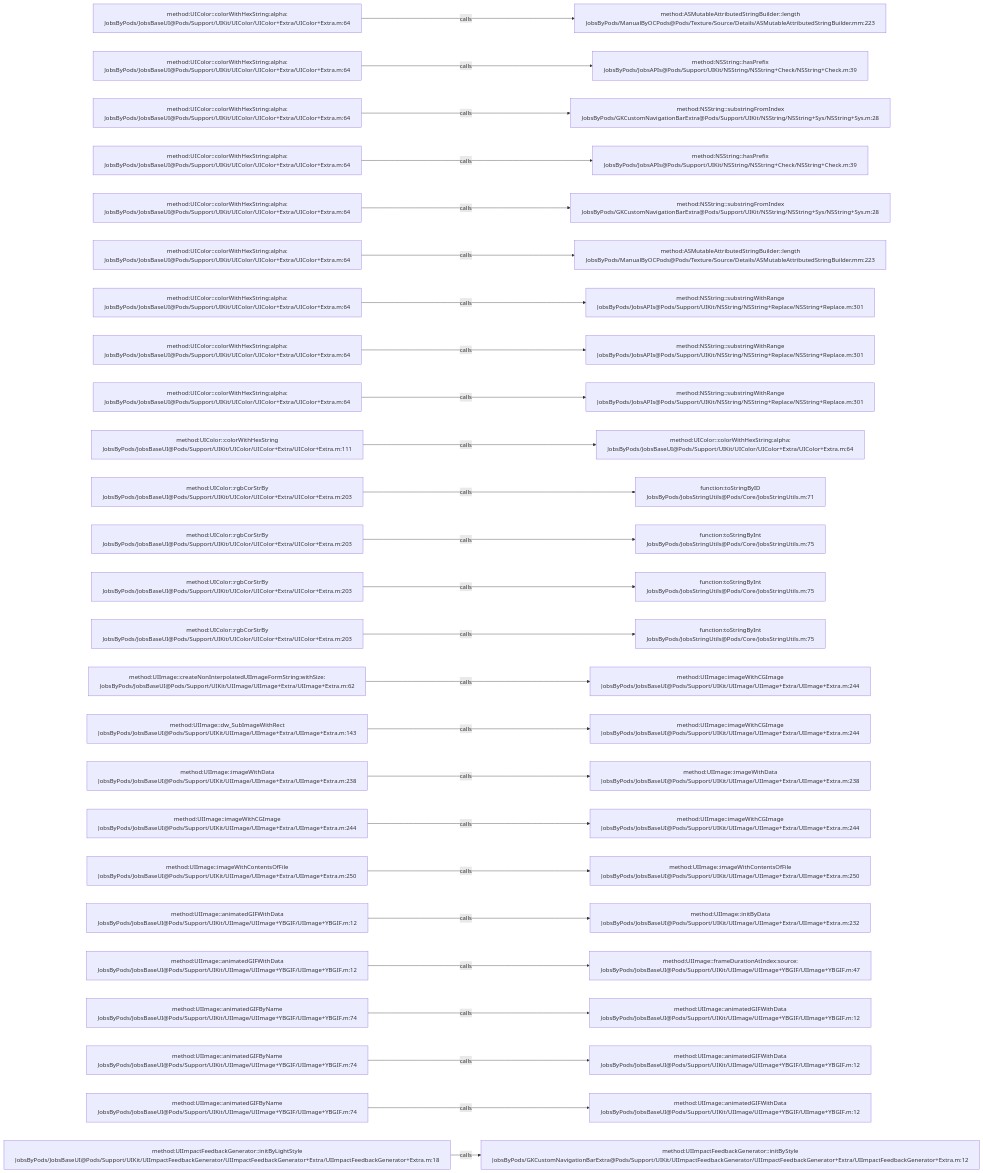
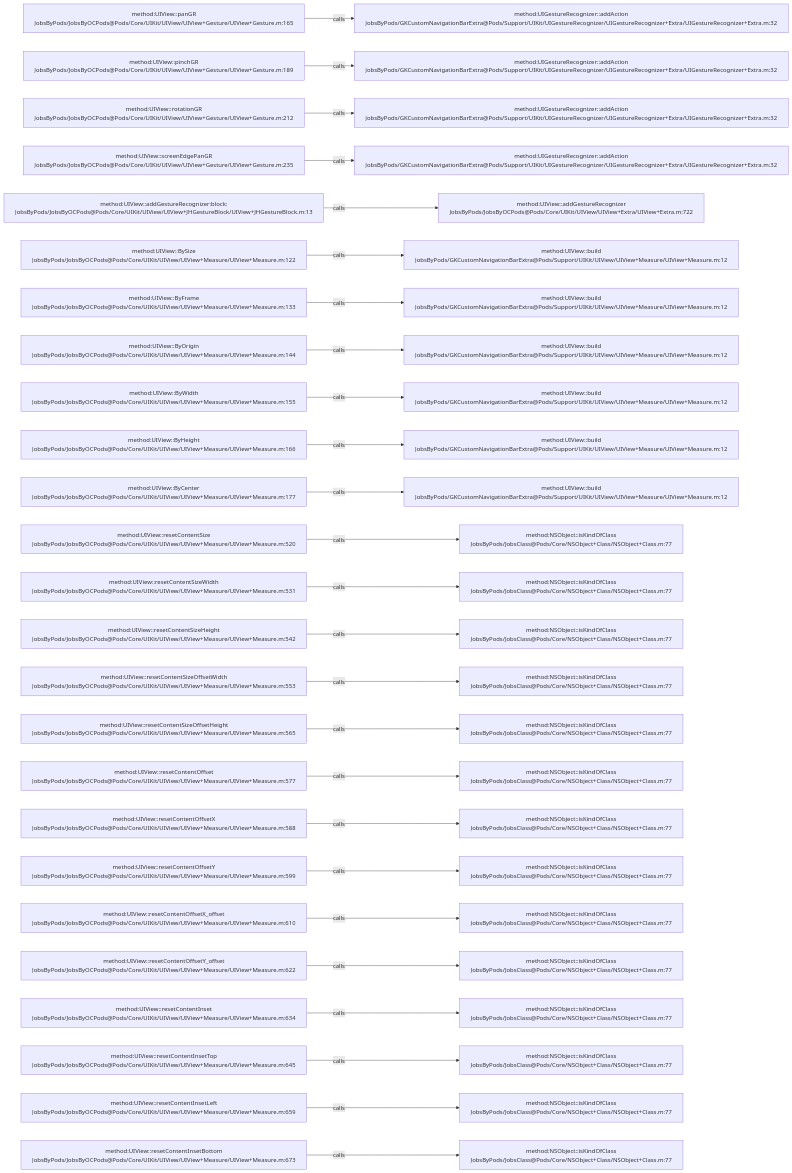
The diagram in .codegraph/codegraph.md/graphs/calls-042.md (JobsKits/JobsOCBaseConfigDemo), drawn with Mermaid before and after one commit. The commit also changed 573 other files, not shown here.

````diff
--- a/.codegraph/codegraph.md/graphs/calls-042.md
+++ b/.codegraph/codegraph.md/graphs/calls-042.md
@@ -13,78 +13,78 @@
 ```mermaid
 flowchart LR
-  S1["method:UIColor::colorWithHexString:alpha:<br/>JobsByPods/JobsBaseUI@Pods/Support/UIKit/UIColor/UIColor+Extra/UIColor+Extra.m:64"]
-  T1["method:ASMutableAttributedStringBuilder::length<br/>JobsByPods/ManualByOCPods@Pods/Texture/Source/Details/ASMutableAttributedStringBuilder.mm:223"]
+  S1["method:UIView::panGR<br/>JobsByPods/JobsByOCPods@Pods/Core/UIKit/UIView/UIView+Gesture/UIView+Gesture.m:165"]
+  T1["method:UIGestureRecognizer::addAction<br/>JobsByPods/GKCustomNavigationBarExtra@Pods/Support/UIKit/UIGestureRecognizer/UIGestureRecognizer+Extra/UIGestureRecognizer+Extra.m:32"]
   S1 -->|calls| T1
-  S2["method:UIColor::colorWithHexString:alpha:<br/>JobsByPods/JobsBaseUI@Pods/Support/UIKit/UIColor/UIColor+Extra/UIColor+Extra.m:64"]
-  T2["method:NSString::hasPrefix<br/>JobsByPods/JobsAPIs@Pods/Support/UIKit/NSString/NSString+Check/NSString+Check.m:39"]
+  S2["method:UIView::pinchGR<br/>JobsByPods/JobsByOCPods@Pods/Core/UIKit/UIView/UIView+Gesture/UIView+Gesture.m:189"]
+  T2["method:UIGestureRecognizer::addAction<br/>JobsByPods/GKCustomNavigationBarExtra@Pods/Support/UIKit/UIGestureRecognizer/UIGestureRecognizer+Extra/UIGestureRecognizer+Extra.m:32"]
   S2 -->|calls| T2
-  S3["method:UIColor::colorWithHexString:alpha:<br/>JobsByPods/JobsBaseUI@Pods/Support/UIKit/UIColor/UIColor+Extra/UIColor+Extra.m:64"]
-  T3["method:NSString::substringFromIndex<br/>JobsByPods/GKCustomNavigationBarExtra@Pods/Support/UIKit/NSString/NSString+Sys/NSString+Sys.m:28"]
+  S3["method:UIView::rotationGR<br/>JobsByPods/JobsByOCPods@Pods/Core/UIKit/UIView/UIView+Gesture/UIView+Gesture.m:212"]
+  T3["method:UIGestureRecognizer::addAction<br/>JobsByPods/GKCustomNavigationBarExtra@Pods/Support/UIKit/UIGestureRecognizer/UIGestureRecognizer+Extra/UIGestureRecognizer+Extra.m:32"]
   S3 -->|calls| T3
-  S4["method:UIColor::colorWithHexString:alpha:<br/>JobsByPods/JobsBaseUI@Pods/Support/UIKit/UIColor/UIColor+Extra/UIColor+Extra.m:64"]
-  T4["method:NSString::hasPrefix<br/>JobsByPods/JobsAPIs@Pods/Support/UIKit/NSString/NSString+Check/NSString+Check.m:39"]
+  S4["method:UIView::screenEdgePanGR<br/>JobsByPods/JobsByOCPods@Pods/Core/UIKit/UIView/UIView+Gesture/UIView+Gesture.m:235"]
+  T4["method:UIGestureRecognizer::addAction<br/>JobsByPods/GKCustomNavigationBarExtra@Pods/Support/UIKit/UIGestureRecognizer/UIGestureRecognizer+Extra/UIGestureRecognizer+Extra.m:32"]
   S4 -->|calls| T4
-  S5["method:UIColor::colorWithHexString:alpha:<br/>JobsByPods/JobsBaseUI@Pods/Support/UIKit/UIColor/UIColor+Extra/UIColor+Extra.m:64"]
-  T5["method:NSString::substringFromIndex<br/>JobsByPods/GKCustomNavigationBarExtra@Pods/Support/UIKit/NSString/NSString+Sys/NSString+Sys.m:28"]
+  S5["method:UIView::addGestureRecognizer:block:<br/>JobsByPods/JobsByOCPods@Pods/Core/UIKit/UIView/UIView+JHGestureBlock/UIView+JHGestureBlock.m:13"]
+  T5["method:UIView::addGestureRecognizer<br/>JobsByPods/JobsByOCPods@Pods/Core/UIKit/UIView/UIView+Extra/UIView+Extra.m:722"]
   S5 -->|calls| T5
-  S6["method:UIColor::colorWithHexString:alpha:<br/>JobsByPods/JobsBaseUI@Pods/Support/UIKit/UIColor/UIColor+Extra/UIColor+Extra.m:64"]
-  T6["method:ASMutableAttributedStringBuilder::length<br/>JobsByPods/ManualByOCPods@Pods/Texture/Source/Details/ASMutableAttributedStringBuilder.mm:223"]
+  S6["method:UIView::BySize<br/>JobsByPods/JobsByOCPods@Pods/Core/UIKit/UIView/UIView+Measure/UIView+Measure.m:122"]
+  T6["method:UIView::build<br/>JobsByPods/GKCustomNavigationBarExtra@Pods/Support/UIKit/UIView/UIView+Measure/UIView+Measure.m:12"]
   S6 -->|calls| T6
-  S7["method:UIColor::colorWithHexString:alpha:<br/>JobsByPods/JobsBaseUI@Pods/Support/UIKit/UIColor/UIColor+Extra/UIColor+Extra.m:64"]
-  T7["method:NSString::substringWithRange<br/>JobsByPods/JobsAPIs@Pods/Support/UIKit/NSString/NSString+Replace/NSString+Replace.m:301"]
+  S7["method:UIView::ByFrame<br/>JobsByPods/JobsByOCPods@Pods/Core/UIKit/UIView/UIView+Measure/UIView+Measure.m:133"]
+  T7["method:UIView::build<br/>JobsByPods/GKCustomNavigationBarExtra@Pods/Support/UIKit/UIView/UIView+Measure/UIView+Measure.m:12"]
   S7 -->|calls| T7
-  S8["method:UIColor::colorWithHexString:alpha:<br/>JobsByPods/JobsBaseUI@Pods/Support/UIKit/UIColor/UIColor+Extra/UIColor+Extra.m:64"]
-  T8["method:NSString::substringWithRange<br/>JobsByPods/JobsAPIs@Pods/Support/UIKit/NSString/NSString+Replace/NSString+Replace.m:301"]
+  S8["method:UIView::ByOrigin<br/>JobsByPods/JobsByOCPods@Pods/Core/UIKit/UIView/UIView+Measure/UIView+Measure.m:144"]
+  T8["method:UIView::build<br/>JobsByPods/GKCustomNavigationBarExtra@Pods/Support/UIKit/UIView/UIView+Measure/UIView+Measure.m:12"]
   S8 -->|calls| T8
-  S9["method:UIColor::colorWithHexString:alpha:<br/>JobsByPods/JobsBaseUI@Pods/Support/UIKit/UIColor/UIColor+Extra/UIColor+Extra.m:64"]
-  T9["method:NSString::substringWithRange<br/>JobsByPods/JobsAPIs@Pods/Support/UIKit/NSString/NSString+Replace/NSString+Replace.m:301"]
+  S9["method:UIView::ByWidth<br/>JobsByPods/JobsByOCPods@Pods/Core/UIKit/UIView/UIView+Measure/UIView+Measure.m:155"]
+  T9["method:UIView::build<br/>JobsByPods/GKCustomNavigationBarExtra@Pods/Support/UIKit/UIView/UIView+Measure/UIView+Measure.m:12"]
   S9 -->|calls| T9
-  S10["method:UIColor::colorWithHexString<br/>JobsByPods/JobsBaseUI@Pods/Support/UIKit/UIColor/UIColor+Extra/UIColor+Extra.m:111"]
-  T10["method:UIColor::colorWithHexString:alpha:<br/>JobsByPods/JobsBaseUI@Pods/Support/UIKit/UIColor/UIColor+Extra/UIColor+Extra.m:64"]
+  S10["method:UIView::ByHeight<br/>JobsByPods/JobsByOCPods@Pods/Core/UIKit/UIView/UIView+Measure/UIView+Measure.m:166"]
+  T10["method:UIView::build<br/>JobsByPods/GKCustomNavigationBarExtra@Pods/Support/UIKit/UIView/UIView+Measure/UIView+Measure.m:12"]
   S10 -->|calls| T10
-  S11["method:UIColor::rgbCorStrBy<br/>JobsByPods/JobsBaseUI@Pods/Support/UIKit/UIColor/UIColor+Extra/UIColor+Extra.m:203"]
-  T11["function:toStringByID<br/>JobsByPods/JobsStringUtils@Pods/Core/JobsStringUtils.m:71"]
+  S11["method:UIView::ByCenter<br/>JobsByPods/JobsByOCPods@Pods/Core/UIKit/UIView/UIView+Measure/UIView+Measure.m:177"]
+  T11["method:UIView::build<br/>JobsByPods/GKCustomNavigationBarExtra@Pods/Support/UIKit/UIView/UIView+Measure/UIView+Measure.m:12"]
   S11 -->|calls| T11
-  S12["method:UIColor::rgbCorStrBy<br/>JobsByPods/JobsBaseUI@Pods/Support/UIKit/UIColor/UIColor+Extra/UIColor+Extra.m:203"]
-  T12["function:toStringByInt<br/>JobsByPods/JobsStringUtils@Pods/Core/JobsStringUtils.m:75"]
+  S12["method:UIView::resetContentSize<br/>JobsByPods/JobsByOCPods@Pods/Core/UIKit/UIView/UIView+Measure/UIView+Measure.m:520"]
+  T12["method:NSObject::isKindOfClass<br/>JobsByPods/JobsClass@Pods/Core/NSObject+Class/NSObject+Class.m:77"]
   S12 -->|calls| T12
-  S13["method:UIColor::rgbCorStrBy<br/>JobsByPods/JobsBaseUI@Pods/Support/UIKit/UIColor/UIColor+Extra/UIColor+Extra.m:203"]
-  T13["function:toStringByInt<br/>JobsByPods/JobsStringUtils@Pods/Core/JobsStringUtils.m:75"]
+  S13["method:UIView::resetContentSizeWidth<br/>JobsByPods/JobsByOCPods@Pods/Core/UIKit/UIView/UIView+Measure/UIView+Measure.m:531"]
+  T13["method:NSObject::isKindOfClass<br/>JobsByPods/JobsClass@Pods/Core/NSObject+Class/NSObject+Class.m:77"]
   S13 -->|calls| T13
-  S14["method:UIColor::rgbCorStrBy<br/>JobsByPods/JobsBaseUI@Pods/Support/UIKit/UIColor/UIColor+Extra/UIColor+Extra.m:203"]
-  T14["function:toStringByInt<br/>JobsByPods/JobsStringUtils@Pods/Core/JobsStringUtils.m:75"]
+  S14["method:UIView::resetContentSizeHeight<br/>JobsByPods/JobsByOCPods@Pods/Core/UIKit/UIView/UIView+Measure/UIView+Measure.m:542"]
+  T14["method:NSObject::isKindOfClass<br/>JobsByPods/JobsClass@Pods/Core/NSObject+Class/NSObject+Class.m:77"]
   S14 -->|calls| T14
-  S15["method:UIImage::createNonInterpolatedUIImageFormString:withSize:<br/>JobsByPods/JobsBaseUI@Pods/Support/UIKit/UIImage/UIImage+Extra/UIImage+Extra.m:62"]
-  T15["method:UIImage::imageWithCGImage<br/>JobsByPods/JobsBaseUI@Pods/Support/UIKit/UIImage/UIImage+Extra/UIImage+Extra.m:244"]
+  S15["method:UIView::resetContentSizeOffsetWidth<br/>JobsByPods/JobsByOCPods@Pods/Core/UIKit/UIView/UIView+Measure/UIView+Measure.m:553"]
+  T15["method:NSObject::isKindOfClass<br/>JobsByPods/JobsClass@Pods/Core/NSObject+Class/NSObject+Class.m:77"]
   S15 -->|calls| T15
-  S16["method:UIImage::dw_SubImageWithRect<br/>JobsByPods/JobsBaseUI@Pods/Support/UIKit/UIImage/UIImage+Extra/UIImage+Extra.m:143"]
-  T16["method:UIImage::imageWithCGImage<br/>JobsByPods/JobsBaseUI@Pods/Support/UIKit/UIImage/UIImage+Extra/UIImage+Extra.m:244"]
+  S16["method:UIView::resetContentSizeOffsetHeight<br/>JobsByPods/JobsByOCPods@Pods/Core/UIKit/UIView/UIView+Measure/UIView+Measure.m:565"]
+  T16["method:NSObject::isKindOfClass<br/>JobsByPods/JobsClass@Pods/Core/NSObject+Class/NSObject+Class.m:77"]
   S16 -->|calls| T16
-  S17["method:UIImage::imageWithData<br/>JobsByPods/JobsBaseUI@Pods/Support/UIKit/UIImage/UIImage+Extra/UIImage+Extra.m:238"]
-  T17["method:UIImage::imageWithData<br/>JobsByPods/JobsBaseUI@Pods/Support/UIKit/UIImage/UIImage+Extra/UIImage+Extra.m:238"]
+  S17["method:UIView::resetContentOffset<br/>JobsByPods/JobsByOCPods@Pods/Core/UIKit/UIView/UIView+Measure/UIView+Measure.m:577"]
+  T17["method:NSObject::isKindOfClass<br/>JobsByPods/JobsClass@Pods/Core/NSObject+Class/NSObject+Class.m:77"]
   S17 -->|calls| T17
-  S18["method:UIImage::imageWithCGImage<br/>JobsByPods/JobsBaseUI@Pods/Support/UIKit/UIImage/UIImage+Extra/UIImage+Extra.m:244"]
-  T18["method:UIImage::imageWithCGImage<br/>JobsByPods/JobsBaseUI@Pods/Support/UIKit/UIImage/UIImage+Extra/UIImage+Extra.m:244"]
+  S18["method:UIView::resetContentOffsetX<br/>JobsByPods/JobsByOCPods@Pods/Core/UIKit/UIView/UIView+Measure/UIView+Measure.m:588"]
+  T18["method:NSObject::isKindOfClass<br/>JobsByPods/JobsClass@Pods/Core/NSObject+Class/NSObject+Class.m:77"]
   S18 -->|calls| T18
-  S19["method:UIImage::imageWithContentsOfFile<br/>JobsByPods/JobsBaseUI@Pods/Support/UIKit/UIImage/UIImage+Extra/UIImage+Extra.m:250"]
-  T19["method:UIImage::imageWithContentsOfFile<br/>JobsByPods/JobsBaseUI@Pods/Support/UIKit/UIImage/UIImage+Extra/UIImage+Extra.m:250"]
+  S19["method:UIView::resetContentOffsetY<br/>JobsByPods/JobsByOCPods@Pods/Core/UIKit/UIView/UIView+Measure/UIView+Measure.m:599"]
+  T19["method:NSObject::isKindOfClass<br/>JobsByPods/JobsClass@Pods/Core/NSObject+Class/NSObject+Class.m:77"]
   S19 -->|calls| T19
-  S20["method:UIImage::animatedGIFWithData<br/>JobsByPods/JobsBaseUI@Pods/Support/UIKit/UIImage/UIImage+YBGIF/UIImage+YBGIF.m:12"]
-  T20["method:UIImage::initByData<br/>JobsByPods/JobsBaseUI@Pods/Support/UIKit/UIImage/UIImage+Extra/UIImage+Extra.m:232"]
+  S20["method:UIView::resetContentOffsetX_offset<br/>JobsByPods/JobsByOCPods@Pods/Core/UIKit/UIView/UIView+Measure/UIView+Measure.m:610"]
+  T20["method:NSObject::isKindOfClass<br/>JobsByPods/JobsClass@Pods/Core/NSObject+Class/NSObject+Class.m:77"]
   S20 -->|calls| T20
-  S21["method:UIImage::animatedGIFWithData<br/>JobsByPods/JobsBaseUI@Pods/Support/UIKit/UIImage/UIImage+YBGIF/UIImage+YBGIF.m:12"]
-  T21["method:UIImage::frameDurationAtIndex:source:<br/>JobsByPods/JobsBaseUI@Pods/Support/UIKit/UIImage/UIImage+YBGIF/UIImage+YBGIF.m:47"]
+  S21["method:UIView::resetContentOffsetY_offset<br/>JobsByPods/JobsByOCPods@Pods/Core/UIKit/UIView/UIView+Measure/UIView+Measure.m:622"]
+  T21["method:NSObject::isKindOfClass<br/>JobsByPods/JobsClass@Pods/Core/NSObject+Class/NSObject+Class.m:77"]
   S21 -->|calls| T21
-  S22["method:UIImage::animatedGIFByName<br/>JobsByPods/JobsBaseUI@Pods/Support/UIKit/UIImage/UIImage+YBGIF/UIImage+YBGIF.m:74"]
-  T22["method:UIImage::animatedGIFWithData<br/>JobsByPods/JobsBaseUI@Pods/Support/UIKit/UIImage/UIImage+YBGIF/UIImage+YBGIF.m:12"]
+  S22["method:UIView::resetContentInset<br/>JobsByPods/JobsByOCPods@Pods/Core/UIKit/UIView/UIView+Measure/UIView+Measure.m:634"]
+  T22["method:NSObject::isKindOfClass<br/>JobsByPods/JobsClass@Pods/Core/NSObject+Class/NSObject+Class.m:77"]
   S22 -->|calls| T22
-  S23["method:UIImage::animatedGIFByName<br/>JobsByPods/JobsBaseUI@Pods/Support/UIKit/UIImage/UIImage+YBGIF/UIImage+YBGIF.m:74"]
-  T23["method:UIImage::animatedGIFWithData<br/>JobsByPods/JobsBaseUI@Pods/Support/UIKit/UIImage/UIImage+YBGIF/UIImage+YBGIF.m:12"]
+  S23["method:UIView::resetContentInsetTop<br/>JobsByPods/JobsByOCPods@Pods/Core/UIKit/UIView/UIView+Measure/UIView+Measure.m:645"]
+  T23["method:NSObject::isKindOfClass<br/>JobsByPods/JobsClass@Pods/Core/NSObject+Class/NSObject+Class.m:77"]
   S23 -->|calls| T23
-  S24["method:UIImage::animatedGIFByName<br/>JobsByPods/JobsBaseUI@Pods/Support/UIKit/UIImage/UIImage+YBGIF/UIImage+YBGIF.m:74"]
-  T24["method:UIImage::animatedGIFWithData<br/>JobsByPods/JobsBaseUI@Pods/Support/UIKit/UIImage/UIImage+YBGIF/UIImage+YBGIF.m:12"]
+  S24["method:UIView::resetContentInsetLeft<br/>JobsByPods/JobsByOCPods@Pods/Core/UIKit/UIView/UIView+Measure/UIView+Measure.m:659"]
+  T24["method:NSObject::isKindOfClass<br/>JobsByPods/JobsClass@Pods/Core/NSObject+Class/NSObject+Class.m:77"]
   S24 -->|calls| T24
-  S25["method:UIImpactFeedbackGenerator::initByLightStyle<br/>JobsByPods/JobsBaseUI@Pods/Support/UIKit/UIImpactFeedbackGenerator/UIImpactFeedbackGenerator+Extra/UIImpactFeedbackGenerator+Extra.m:18"]
-  T25["method:UIImpactFeedbackGenerator::initByStyle<br/>JobsByPods/GKCustomNavigationBarExtra@Pods/Support/UIKit/UIImpactFeedbackGenerator/UIImpactFeedbackGenerator+Extra/UIImpactFeedbackGenerator+Extra.m:12"]
+  S25["method:UIView::resetContentInsetBottom<br/>JobsByPods/JobsByOCPods@Pods/Core/UIKit/UIView/UIView+Measure/UIView+Measure.m:673"]
+  T25["method:NSObject::isKindOfClass<br/>JobsByPods/JobsClass@Pods/Core/NSObject+Class/NSObject+Class.m:77"]
   S25 -->|calls| T25
 ```
````
